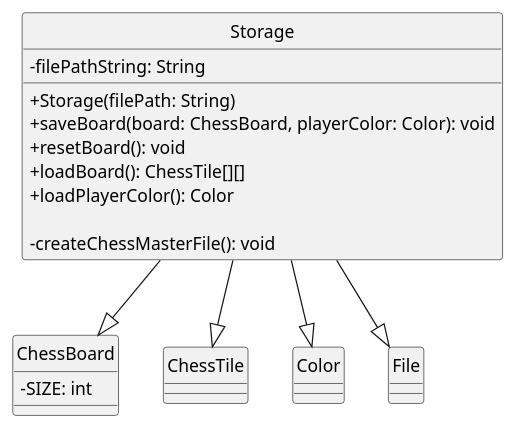
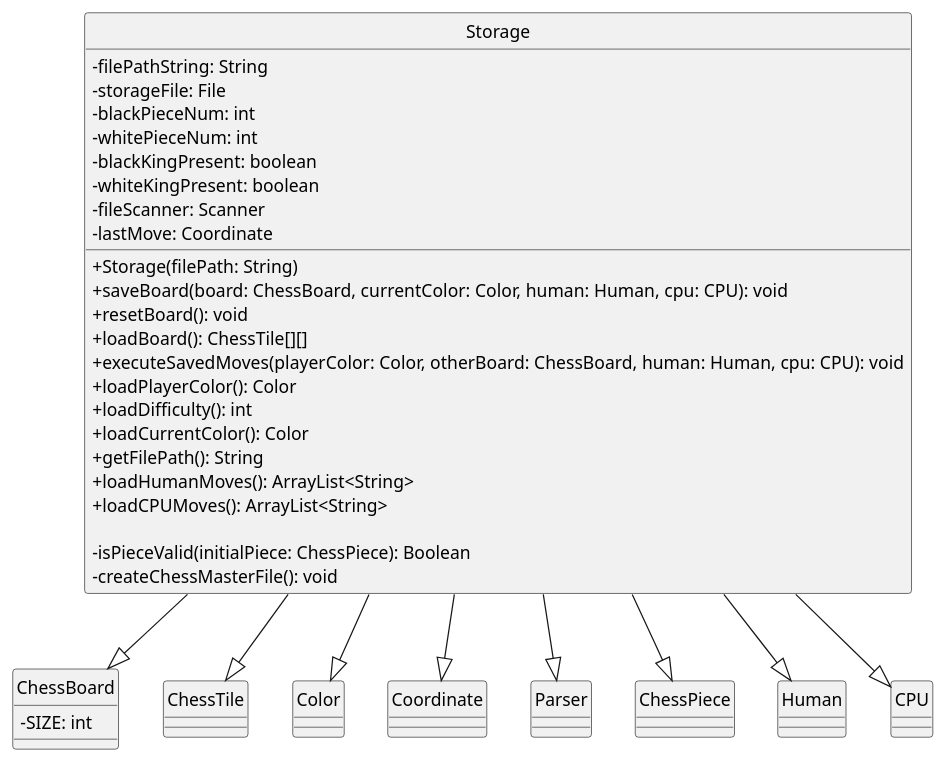
One commit to onx001/tp changed the diagram in docs/diagrams/StorageClass.puml. Above: the diagram before and after it, drawn with PlantUML. The commit also changed other lines of this file and 5 other files, not shown here.

```diff
--- a/docs/diagrams/StorageClass.puml
+++ b/docs/diagrams/StorageClass.puml
@@ -1,28 +1,58 @@
 @startuml
 hide circle
 skinparam classAttributeIconSize 0
 class Storage {
   - filePathString: String
+  - storageFile: File
+  - blackPieceNum: int
+  - whitePieceNum: int
+  - blackKingPresent: boolean
+  - whiteKingPresent: boolean
+  - fileScanner: Scanner
+  - lastMove: Coordinate
 
   + Storage(filePath: String)
-  + saveBoard(board: ChessBoard, playerColor: Color): void
+  + saveBoard(board: ChessBoard, currentColor: Color, human: Human, cpu: CPU): void
   + resetBoard(): void
   + loadBoard(): ChessTile[][]
+  + executeSavedMoves(playerColor: Color, otherBoard: ChessBoard, human: Human, cpu: CPU): void
   + loadPlayerColor(): Color
+  + loadDifficulty(): int
+  + loadCurrentColor(): Color
+  + getFilePath(): String
+  + loadHumanMoves(): ArrayList<String>
+  + loadCPUMoves(): ArrayList<String>
 
+  - isPieceValid(initialPiece: ChessPiece): Boolean
   - createChessMasterFile(): void
+
 }
 
 class ChessBoard {
   - SIZE: int
 }
 
 class ChessTile
 
 class Color
 
-Storage --|> File
+class Coordinate
+
+class Parser
+
+class ChessPiece
+
+class Human
+
+class CPU
+
 Storage --|> ChessBoard
 Storage --|> ChessTile
 Storage --|> Color
+Storage --|> Coordinate
+Storage --|> Parser
+Storage --|> ChessPiece
+Storage --|> Human
+Storage --|> CPU
+
 @enduml
```
